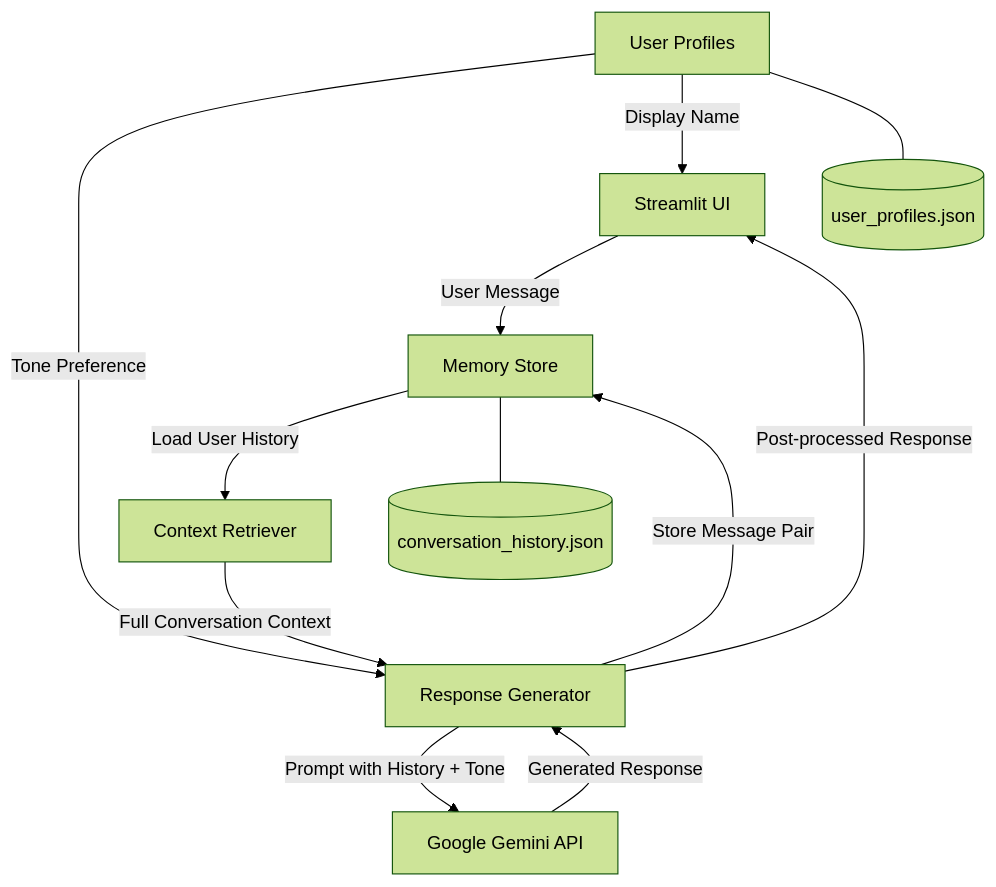
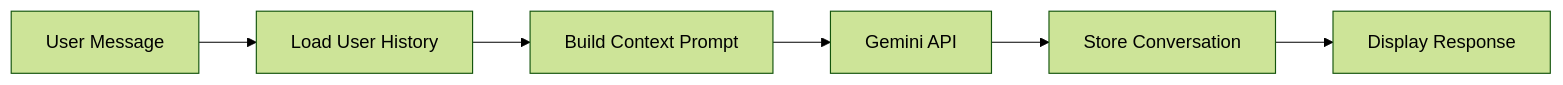
The second of 2 diagrams in README.md (darshanbg23/MemoryAI), drawn with Mermaid (forest theme) before and after one commit. The commit also changed other lines of this file, not shown here.

````diff
--- a/README.md
+++ b/README.md
@@ -27,16 +155,16 @@
 ```mermaid
-graph TD
-    A[Streamlit UI] -->|User Message| B[Memory Store]
-    B -->|Load User History| C[Context Retriever]
-    C -->|Full Conversation Context| D[Response Generator]
-    D -->|Prompt with History + Tone| E[Google Gemini API]
-    E -->|Generated Response| D
-    D -->|Post-processed Response| A
-    D -->|Store Message Pair| B
+flowchart LR
 
-    F[User Profiles] -->|Tone Preference| D
-    F -->|Display Name| A
+    A[User Message]
+    B[Load User History]
+    C[Build Context Prompt]
+    D[Gemini API]
+    E[Store Conversation]
+    F[Display Response]
 
-    B --- G[(conversation_history.json)]
-    F --- H[(user_profiles.json)]
+    A --> B
+    B --> C
+    C --> D
+    D --> E
+    E --> F
 ```
````
